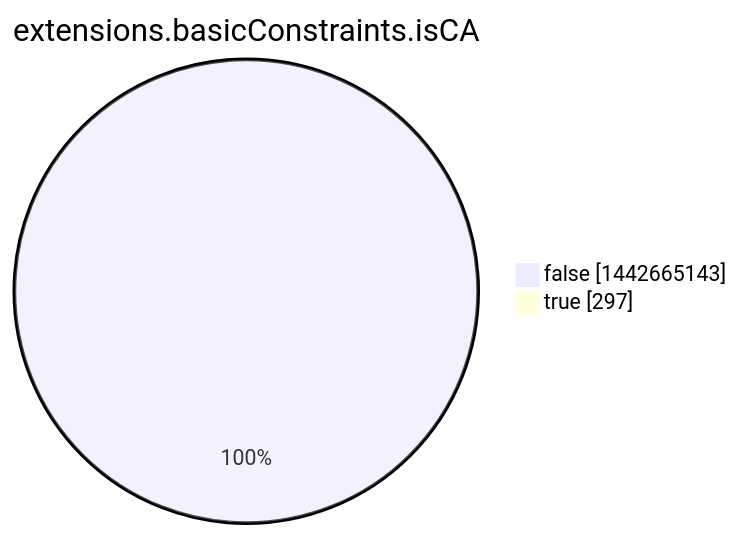
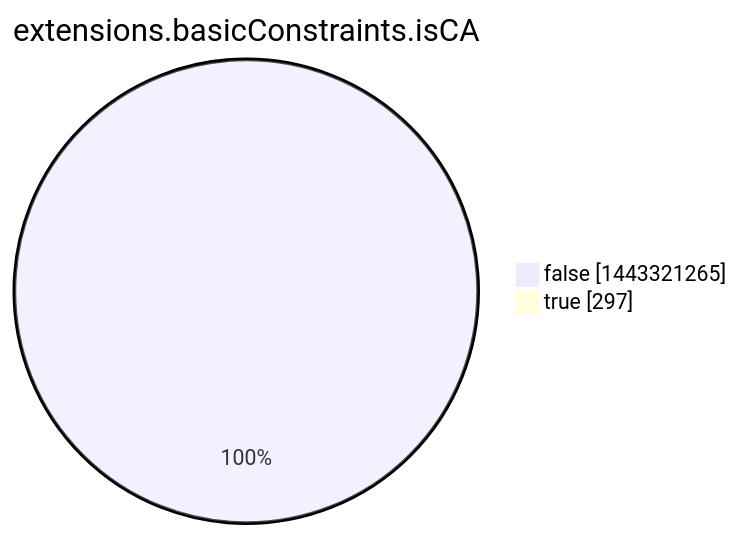
The eighth of 15 diagrams in argon2022/README.md (christiankrug/ctmonitor_visualization), drawn with Mermaid before and after one commit. The commit also changed other lines of this file, not shown here.

````diff
--- a/argon2022/README.md
+++ b/argon2022/README.md
@@ -2760,6 +2760,6 @@
 ```mermaid
 pie showData
 title extensions.basicConstraints.isCA
-"false" :1442665143
+"false" :1443321265
 "true" :297
 ```
````
